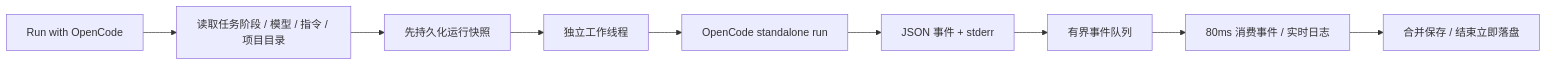
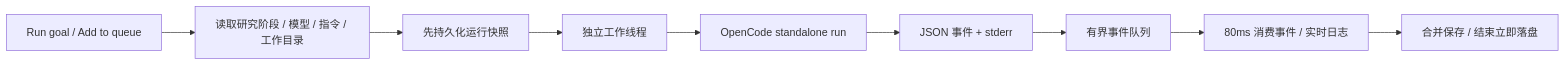
Before and after one commit to KrabsWong/what-the-hell-are-you-planning: the diagram in AGENT_INTEGRATION.md, drawn with Mermaid. The commit also changed other lines of this file and 46 other files, not shown here.

````diff
--- a/AGENT_INTEGRATION.md
+++ b/AGENT_INTEGRATION.md
@@ -7,11 +7,11 @@
 ```mermaid
 flowchart LR
-  UI[Run with OpenCode] --> Snapshot[读取任务阶段 / 模型 / 指令 / 项目目录]
+  UI[Run goal / Add to queue] --> Snapshot[读取研究阶段 / 模型 / 指令 / 工作目录]
   Snapshot --> Save[先持久化运行快照]
   Save --> Worker[独立工作线程]
   Worker --> CLI[OpenCode standalone run]
   CLI --> JSON[JSON 事件 + stderr]
   JSON --> Queue[有界事件队列]
   Queue --> GPUI[80ms 消费事件 / 实时日志]
   GPUI --> Disk[合并保存 / 结束立即落盘]
 ```
````
